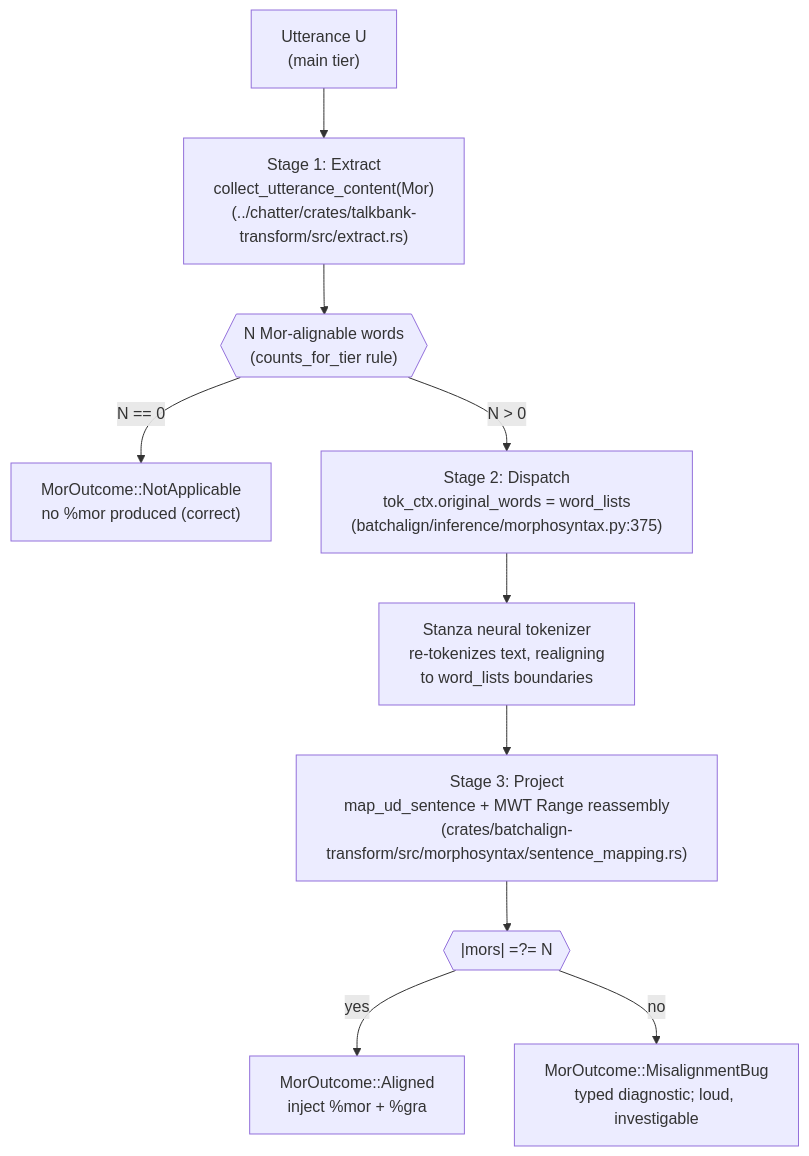
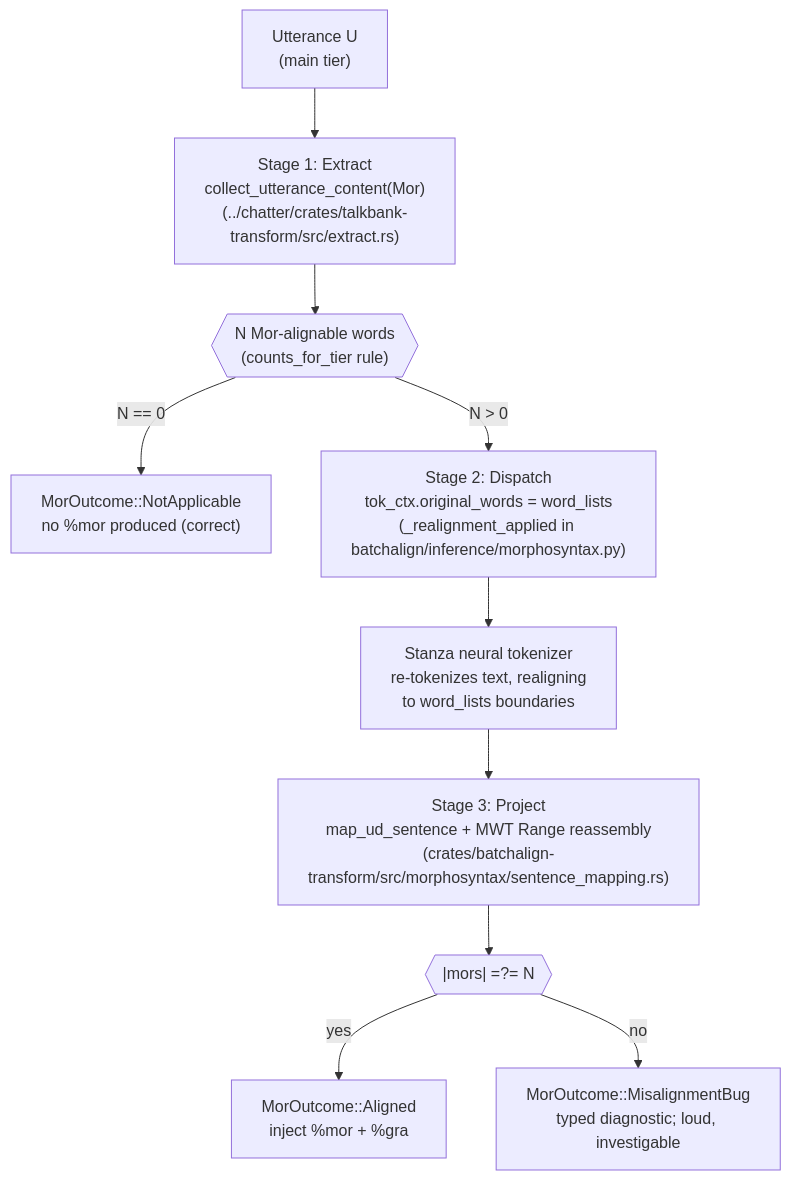
One commit to FranklinChen/talkbank-tools changed the diagram in book/src/batchalign/architecture/morphotag-invariants.md. Above: the diagram before and after it, drawn with Mermaid. The commit also changed 472 other files, not shown here.

````diff
--- a/book/src/batchalign/architecture/morphotag-invariants.md
+++ b/book/src/batchalign/architecture/morphotag-invariants.md
@@ -40,18 +40,18 @@
 ```mermaid
 flowchart TD
     U["Utterance U<br/>(main tier)"] --> E
     E["Stage 1: Extract<br/>collect_utterance_content(Mor)<br/>(../chatter/crates/talkbank-transform/src/extract.rs)"] --> Nlabel
     Nlabel{{"N Mor-alignable words<br/>(counts_for_tier rule)"}}
 
     Nlabel -->|"N == 0"| NA["MorOutcome::NotApplicable<br/>no %mor produced (correct)"]
     Nlabel -->|"N > 0"| D
 
-    D["Stage 2: Dispatch<br/>tok_ctx.original_words = word_lists<br/>(batchalign/inference/morphosyntax.py:375)"] --> S
+    D["Stage 2: Dispatch<br/>tok_ctx.original_words = word_lists<br/>(_realignment_applied in batchalign/inference/morphosyntax.py)"] --> S
     S["Stanza neural tokenizer<br/>re-tokenizes text, realigning<br/>to word_lists boundaries"] --> P
 
     P["Stage 3: Project<br/>map_ud_sentence + MWT Range reassembly<br/>(crates/batchalign-transform/src/morphosyntax/sentence_mapping.rs)"] --> M
     M{{"|mors| =?= N"}}
 
     M -->|"yes"| OK["MorOutcome::Aligned<br/>inject %mor + %gra"]
     M -->|"no"| BUG["MorOutcome::MisalignmentBug<br/>typed diagnostic; loud, investigable"]
 ```
````
